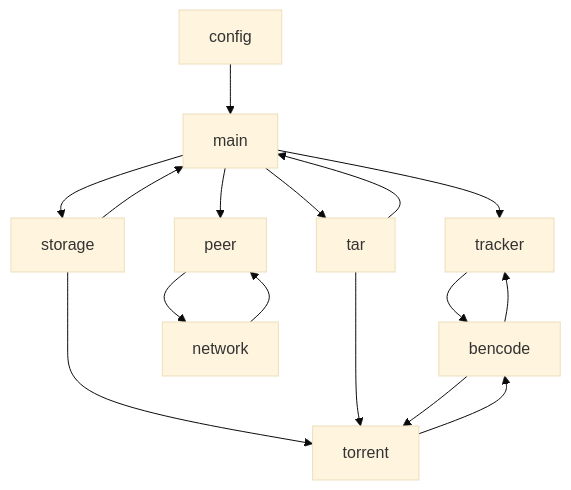
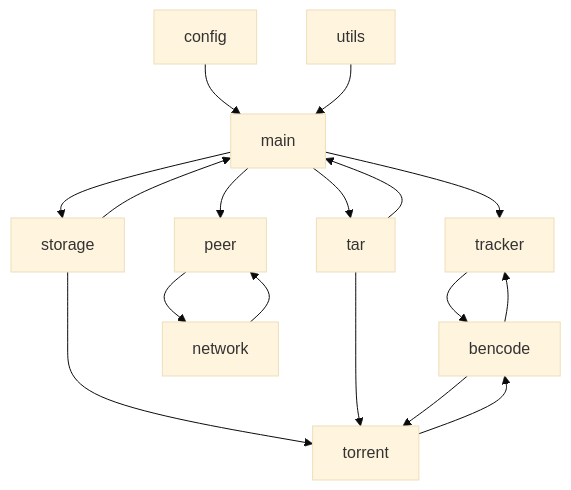
One commit to molnija3d/C-2025-09-EVGENIY-Z changed the diagram in FINAL/README.MD. Above: the diagram before and after it, drawn with Mermaid (base theme).

Commit message:
working on markdown

````diff
--- a/FINAL/README.MD
+++ b/FINAL/README.MD
@@ -142,18 +142,19 @@
 ```mermaid
 graph TD
  config --> main
+ utils --> main
  main --> tracker
  tracker --> bencode
  main --> peer
  main --> storage
  main --> tar
  peer --> network
  storage --> torrent
  tar --> torrent
  torrent --> bencode
  network --> peer
  storage --> main
  tar --> main
  bencode --> torrent
  bencode --> tracker
 ```
````
